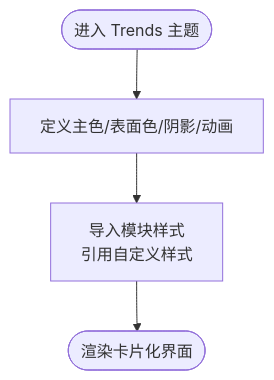
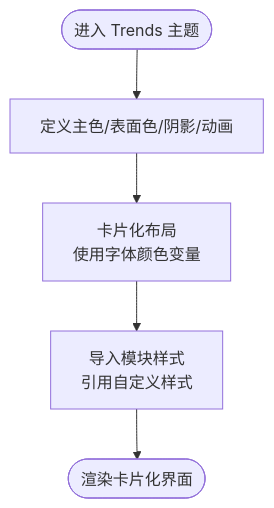
The fourth of 8 diagrams in .qoder/repowiki/zh/content/核心功能/主题系统/自定义主题开发/主题定制实例.md (terwer/siyuan-plugin-blog), drawn with Mermaid before and after one commit. The commit also changed other lines of this file and 6 other files, not shown here.

````diff
--- a/.qoder/repowiki/zh/content/核心功能/主题系统/自定义主题开发/主题定制实例.md
+++ b/.qoder/repowiki/zh/content/核心功能/主题系统/自定义主题开发/主题定制实例.md
@@ -186,6 +213,7 @@
 ```mermaid
 flowchart TD
 Start(["进入 Trends 主题"]) --> Tokens["定义主色/表面色/阴影/动画"]
-Tokens --> Modules["导入模块样式<br/>引用自定义样式"]
+Tokens --> Cards["卡片化布局<br/>使用字体颜色变量"]
+Cards --> Modules["导入模块样式<br/>引用自定义样式"]
 Modules --> Render(["渲染卡片化界面"])
 ```
````
